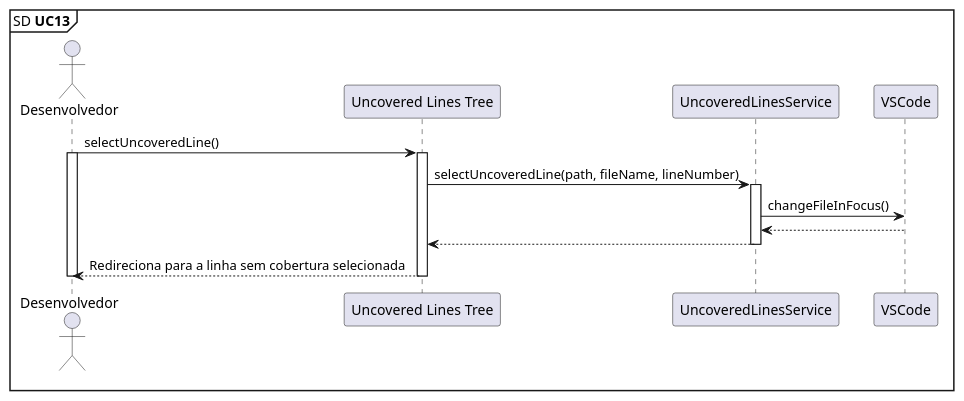
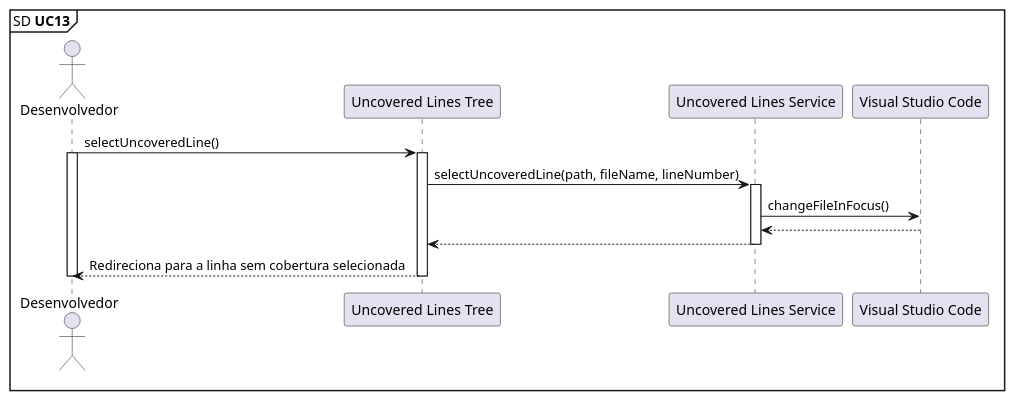
Before and after one commit to ICEI-PUC-Minas-PPLES-TI/plf-es-2022-1-tcci-5308100-dev-arthur-rocha-guilherme-oliveira: the diagram in Artefatos/Diagrama de Sequência/PlantUML/UC13.plantuml, drawn with PlantUML. The commit also changed 1 other file, not shown here.

Commit message:
📚 docs: Update UC13 sequence diagram

```diff
--- a/Artefatos/Diagrama de Sequência/PlantUML/UC13.plantuml
+++ b/Artefatos/Diagrama de Sequência/PlantUML/UC13.plantuml
@@ -1,27 +1,29 @@
 @startuml
 
 mainframe SD **UC13** 
 
 'UC13: Como desenvolvedor, desejo selecionar uma das linhas listadas como sem cobertura.
 
-actor       Desenvolvedor          as Dev
-participant "Uncovered Lines Tree" as UncoveredLinesTree
+actor       Desenvolvedor             as Dev
+participant "Uncovered Lines Tree"    as UncoveredLinesTree
+participant "Uncovered Lines Service" as UncoveredLinesService
+participant "Visual Studio Code"      as VSCode
 
 Dev -> UncoveredLinesTree: selectUncoveredLine()
 activate Dev
 activate UncoveredLinesTree
 
 UncoveredLinesTree -> UncoveredLinesService: selectUncoveredLine(path, fileName, lineNumber)
 activate UncoveredLinesService
 
 UncoveredLinesService -> VSCode: changeFileInFocus()
 UncoveredLinesService <-- VSCode
 
 UncoveredLinesTree <-- UncoveredLinesService
 deactivate UncoveredLinesService
 
 Dev <-- UncoveredLinesTree: Redireciona para a linha sem cobertura selecionada
 deactivate Dev
 deactivate UncoveredLinesTree
 
 @enduml
```
